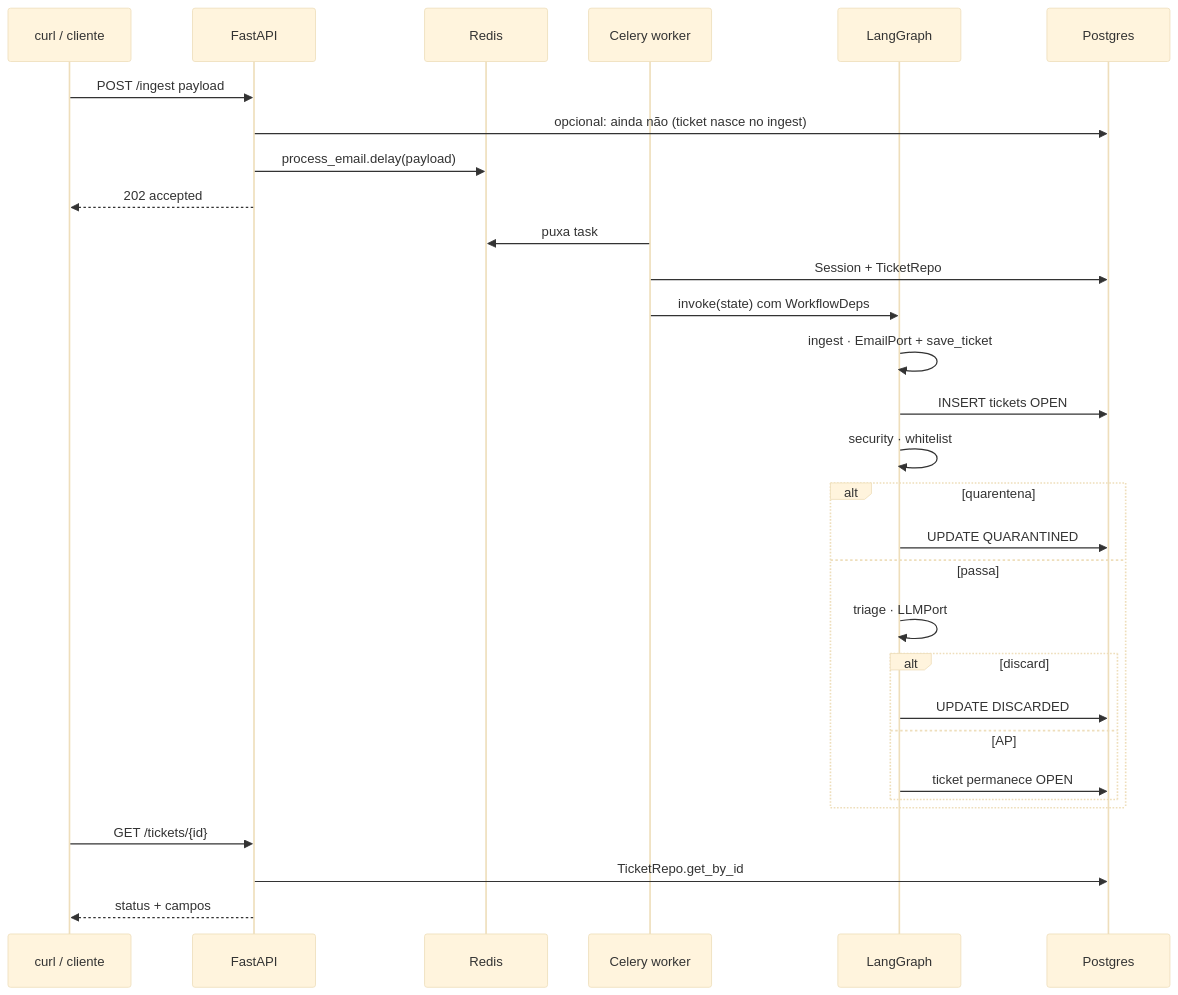
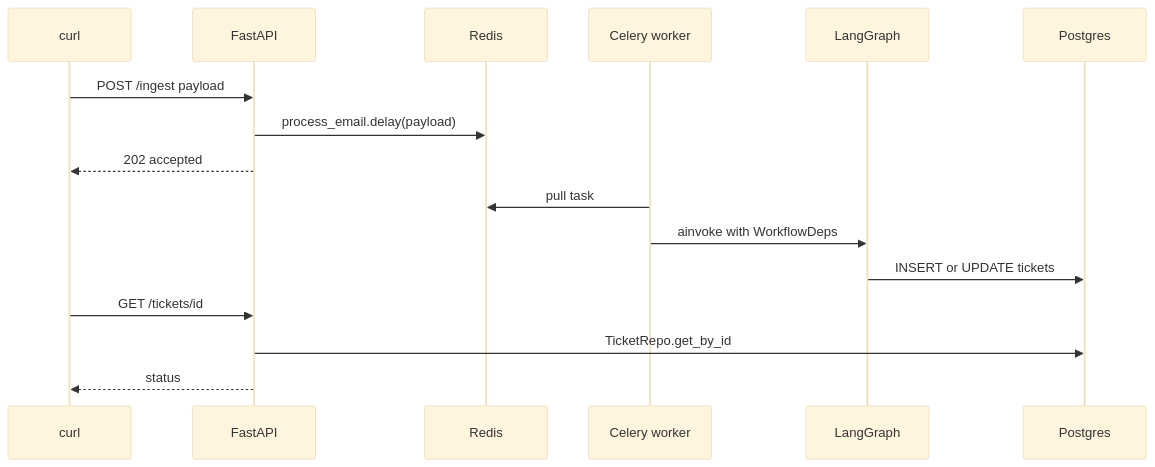
Before and after one commit to Jtomaspires/AP-wokflow: the third of 6 diagrams in docs/diagrams/LAB_CALL_DIAGRAMS.md, drawn with Mermaid (base theme). The commit also changed other lines of this file and 11 other files, not shown here.

Commit message:
project scope bigger - more steps than triage... check diagram

````diff
--- a/docs/diagrams/LAB_CALL_DIAGRAMS.md
+++ b/docs/diagrams/LAB_CALL_DIAGRAMS.md
@@ -105,36 +71,19 @@
 ```mermaid
 sequenceDiagram
-  participant C as curl / cliente
+  participant C as curl
   participant API as FastAPI
   participant R as Redis
   participant W as Celery worker
   participant G as LangGraph
   participant P as Postgres
 
   C->>API: POST /ingest payload
-  API->>P: opcional: ainda não (ticket nasce no ingest)
   API->>R: process_email.delay(payload)
   API-->>C: 202 accepted
-
-  W->>R: puxa task
-  W->>P: Session + TicketRepo
-  W->>G: invoke(state) com WorkflowDeps
-
-  G->>G: ingest · EmailPort + save_ticket
-  G->>P: INSERT tickets OPEN
-  G->>G: security · whitelist
-  alt quarentena
-    G->>P: UPDATE QUARANTINED
-  else passa
-    G->>G: triage · LLMPort
-    alt discard
-      G->>P: UPDATE DISCARDED
-    else AP
-      G->>P: ticket permanece OPEN
-    end
-  end
-
-  C->>API: GET /tickets/{id}
+  W->>R: pull task
+  W->>G: ainvoke with WorkflowDeps
+  G->>P: INSERT or UPDATE tickets
+  C->>API: GET /tickets/id
   API->>P: TicketRepo.get_by_id
-  API-->>C: status + campos
+  API-->>C: status
 ```
````
